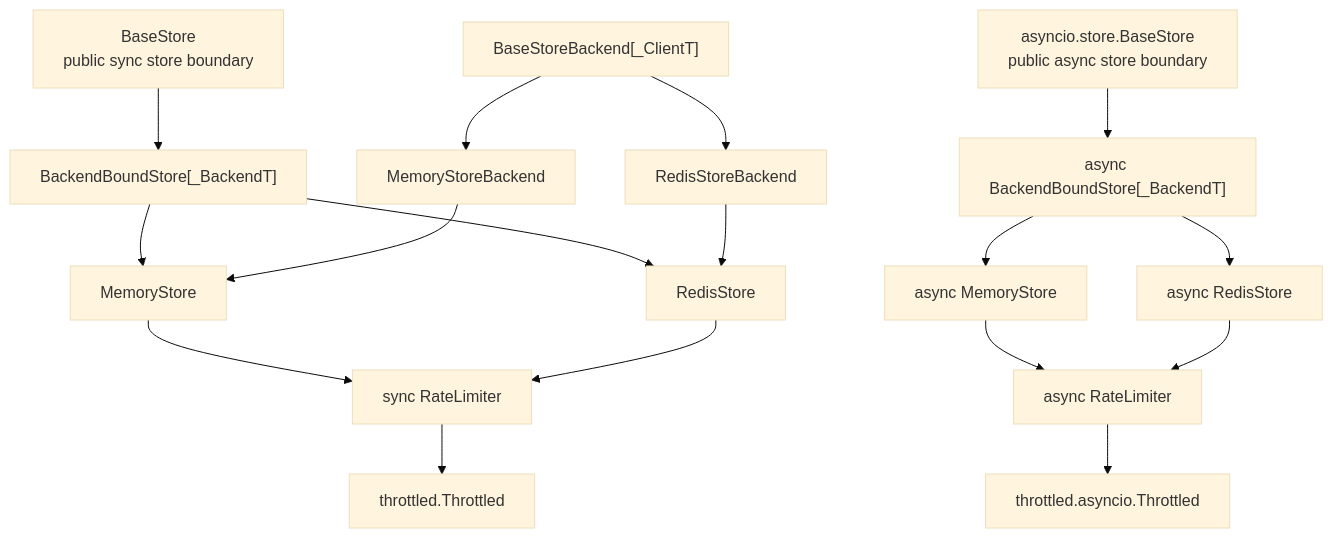
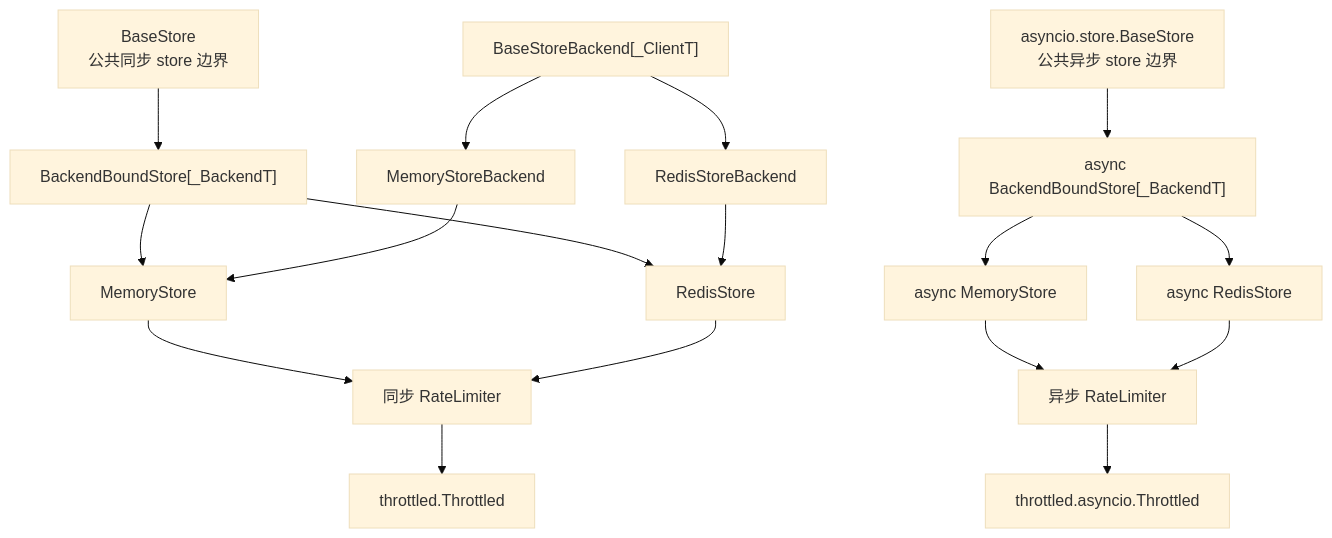
One commit to ZhuoZhuoCrayon/ai-workspace changed the fourth of 6 diagrams in knowledge/throttled-py/issues/2026-05-06-store-typing-abstraction-refactor/PLAN.md. Above: the diagram before and after it, drawn with Mermaid (base theme). The commit also changed other lines of this file, not shown here.

Commit message:
docs(throttled-py): refine store typing plan

````diff
--- a/knowledge/throttled-py/issues/2026-05-06-store-typing-abstraction-refactor/PLAN.md
+++ b/knowledge/throttled-py/issues/2026-05-06-store-typing-abstraction-refactor/PLAN.md
@@ -139,35 +157,35 @@
 ```mermaid
 flowchart TD
-    BaseStore["BaseStore<br />public sync store boundary"]
-    AsyncBaseStore["asyncio.store.BaseStore<br />public async store boundary"]
+    BaseStore["BaseStore<br />公共同步 store 边界"]
+    AsyncBaseStore["asyncio.store.BaseStore<br />公共异步 store 边界"]
     BackendBoundStore["BackendBoundStore[_BackendT]"]
     AsyncBackendBoundStore["async BackendBoundStore[_BackendT]"]
     BaseStoreBackend["BaseStoreBackend[_ClientT]"]
     MemoryBackend["MemoryStoreBackend"]
     RedisBackend["RedisStoreBackend"]
     MemoryStore["MemoryStore"]
     RedisStore["RedisStore"]
     AsyncMemoryStore["async MemoryStore"]
     AsyncRedisStore["async RedisStore"]
-    SyncLimiter["sync RateLimiter"]
-    AsyncLimiter["async RateLimiter"]
+    SyncLimiter["同步 RateLimiter"]
+    AsyncLimiter["异步 RateLimiter"]
     Throttled["throttled.Throttled"]
     AsyncThrottled["throttled.asyncio.Throttled"]
 
     BaseStore --> BackendBoundStore
     AsyncBaseStore --> AsyncBackendBoundStore
     BaseStoreBackend --> MemoryBackend
     BaseStoreBackend --> RedisBackend
     BackendBoundStore --> MemoryStore
     BackendBoundStore --> RedisStore
     MemoryBackend --> MemoryStore
     RedisBackend --> RedisStore
     MemoryStore --> SyncLimiter
     RedisStore --> SyncLimiter
     AsyncBackendBoundStore --> AsyncMemoryStore
     AsyncBackendBoundStore --> AsyncRedisStore
     AsyncMemoryStore --> AsyncLimiter
     AsyncRedisStore --> AsyncLimiter
     SyncLimiter --> Throttled
     AsyncLimiter --> AsyncThrottled
 ```
````
